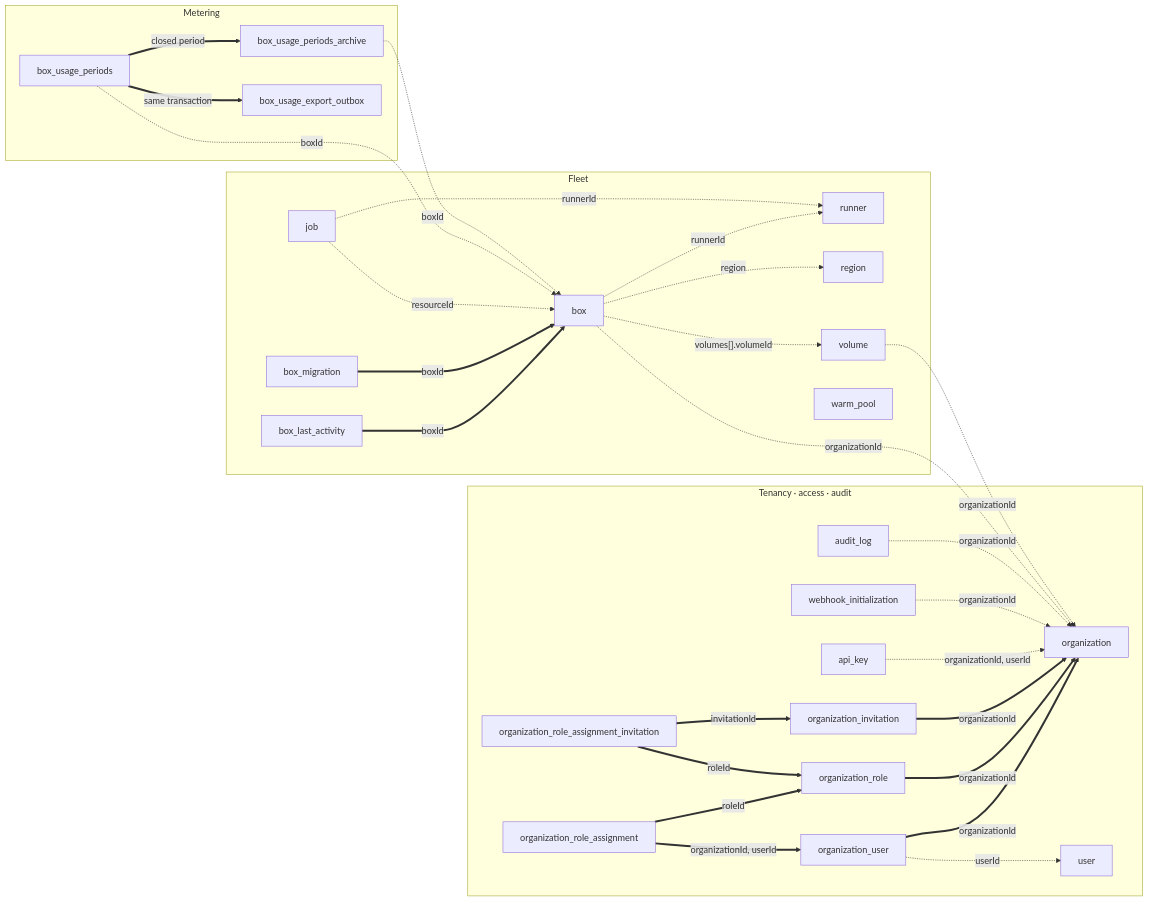
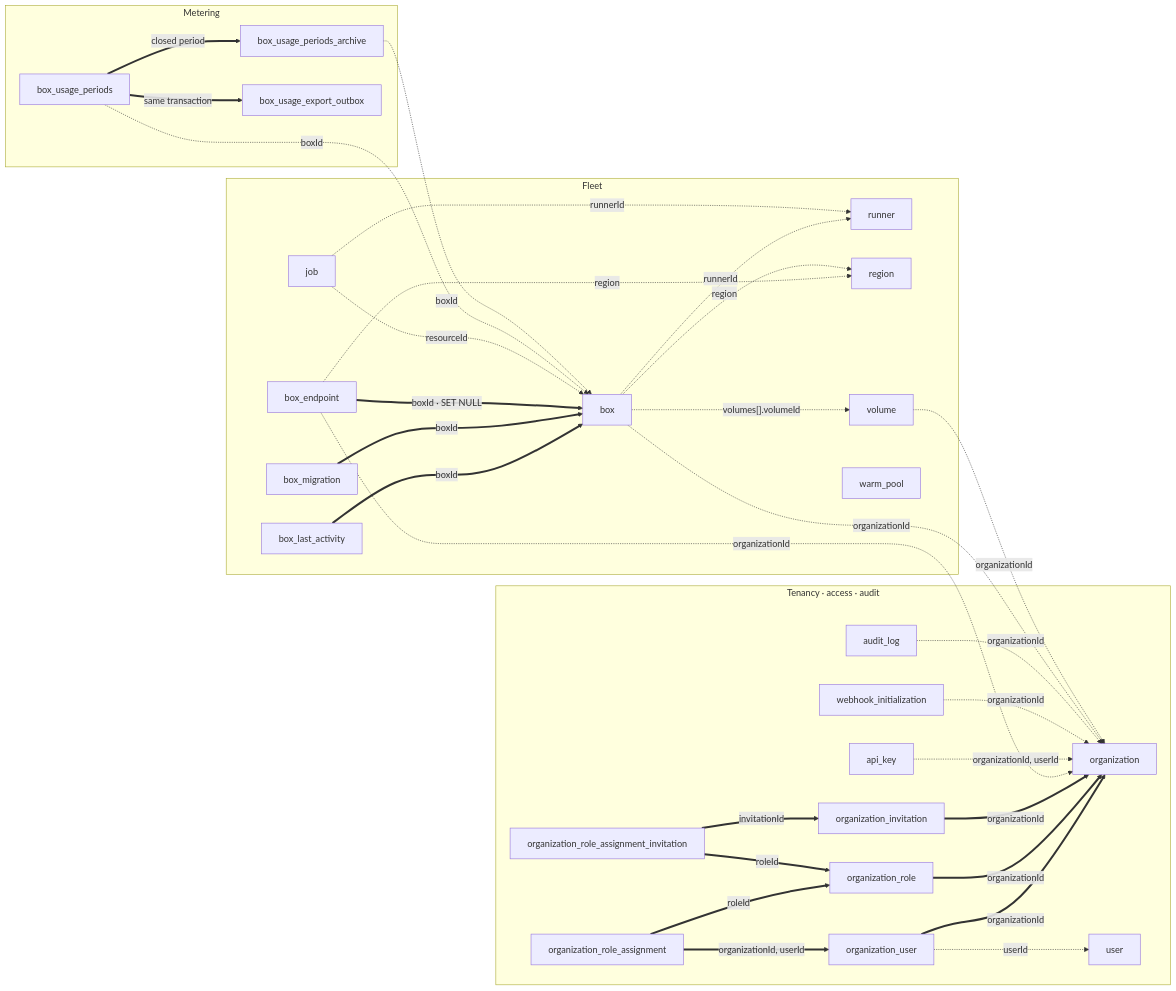
The diagram in apps/SCHEMA.md (boxlite-ai/boxlite), drawn with Mermaid before and after one commit. The commit also changed other lines of this file and 21 other files, not shown here.

````diff
--- a/apps/SCHEMA.md
+++ b/apps/SCHEMA.md
@@ -34,58 +34,62 @@
 ```mermaid
 flowchart LR
     subgraph tenancy["Tenancy · access · audit"]
         t_org["organization"]
         t_orguser["organization_user"]
         t_role["organization_role"]
         t_invite["organization_invitation"]
         t_assign["organization_role_assignment"]
         t_assigninv["organization_role_assignment_invitation"]
         t_user["user"]
         t_apikey["api_key"]
         t_webhook["webhook_initialization"]
         t_audit["audit_log"]
     end
 
     subgraph fleet["Fleet"]
         t_box["box"]
+        t_endpoint["box_endpoint"]
         t_activity["box_last_activity"]
         t_migration["box_migration"]
         t_runner["runner"]
         t_region["region"]
         t_volume["volume"]
         t_job["job"]
         t_warm["warm_pool"]
     end
 
     subgraph metering["Metering"]
         t_period["box_usage_periods"]
         t_archive["box_usage_periods_archive"]
         t_outbox["box_usage_export_outbox"]
     end
 
     t_orguser ==>|"organizationId"| t_org
     t_role ==>|"organizationId"| t_org
     t_invite ==>|"organizationId"| t_org
     t_assign ==>|"organizationId, userId"| t_orguser
     t_assign ==>|"roleId"| t_role
     t_assigninv ==>|"invitationId"| t_invite
     t_assigninv ==>|"roleId"| t_role
     t_activity ==>|"boxId"| t_box
     t_migration ==>|"boxId"| t_box
+    t_endpoint ==>|"boxId · SET NULL"| t_box
+    t_endpoint -.->|"organizationId"| t_org
+    t_endpoint -.->|"region"| t_region
 
     t_orguser -.->|"userId"| t_user
     t_apikey -.->|"organizationId, userId"| t_org
     t_webhook -.->|"organizationId"| t_org
     t_audit -.->|"organizationId"| t_org
     t_box -.->|"organizationId"| t_org
     t_box -.->|"region"| t_region
     t_box -.->|"runnerId"| t_runner
     t_box -.->|"volumes[].volumeId"| t_volume
     t_volume -.->|"organizationId"| t_org
     t_job -.->|"resourceId"| t_box
     t_job -.->|"runnerId"| t_runner
     t_period -.->|"boxId"| t_box
     t_archive -.->|"boxId"| t_box
     t_period ==>|"closed period"| t_archive
     t_period ==>|"same transaction"| t_outbox
 ```
````
